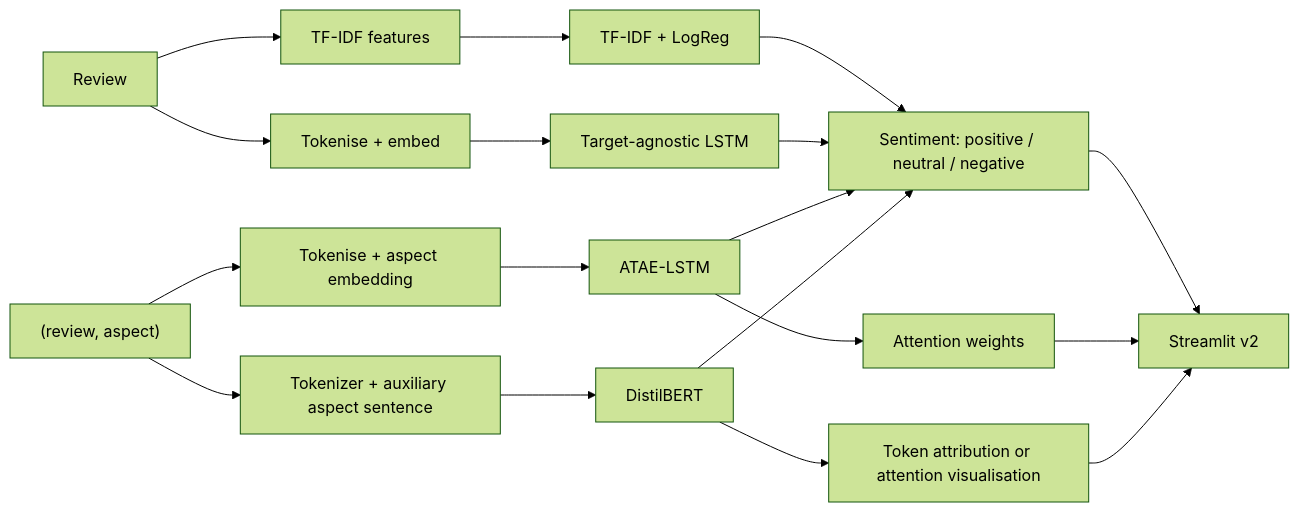
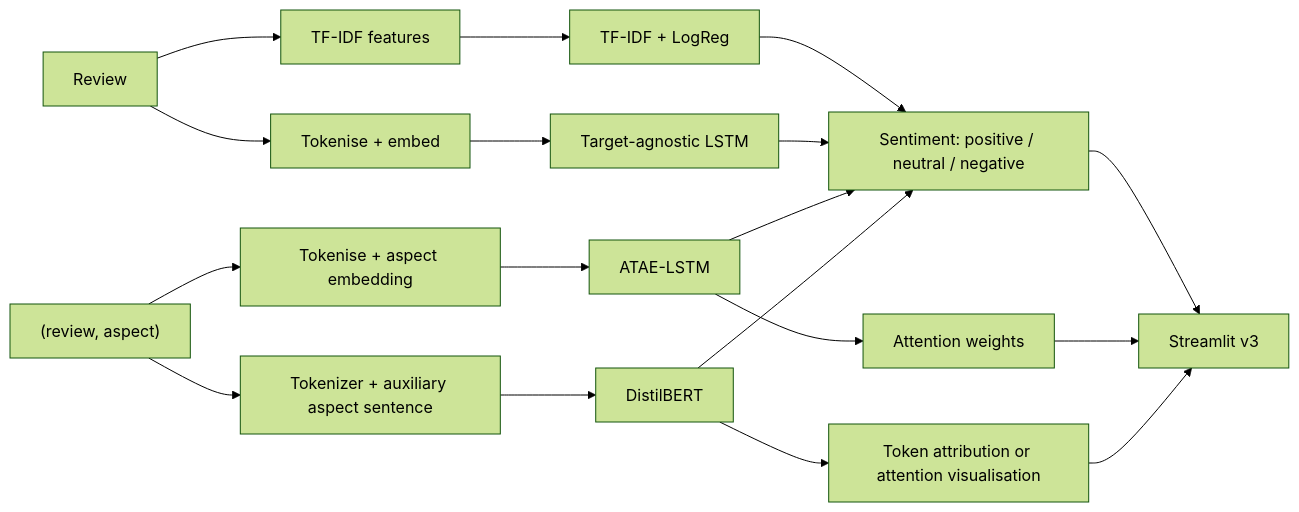
One commit to lfariabr/masters-swe-ai changed the diagram in 2026-T2/DLE/assignments/Assessment2/report/DLE602_A2_Report_v4.md. Above: the diagram before and after it, drawn with Mermaid (forest theme). The commit also changed other lines of this file and 1 other file, not shown here.

````diff
--- a/2026-T2/DLE/assignments/Assessment2/report/DLE602_A2_Report_v4.md
+++ b/2026-T2/DLE/assignments/Assessment2/report/DLE602_A2_Report_v4.md
@@ -64,22 +64,22 @@
 ```mermaid
 flowchart LR
     R["Review"] --> T["TF-IDF features"]
     R --> L["Tokenise + embed"]
     T --> M1["TF-IDF + LogReg"]
     L --> M2["Target-agnostic LSTM"]
 
     P["(review, aspect)"] --> A["Tokenise + aspect embedding"]
     P --> B["Tokenizer + auxiliary aspect sentence"]
     A --> M3["ATAE-LSTM"]
     B --> M4["DistilBERT"]
 
     M1 --> S["Sentiment: positive / neutral / negative"]
     M2 --> S
     M3 --> S
     M4 --> S
     M3 --> E["Attention weights"]
     M4 --> E2["Token attribution or attention visualisation"]
-    S --> D["Streamlit v2"]
+    S --> D["Streamlit v3"]
     E --> D
     E2 --> D
 ```
````
